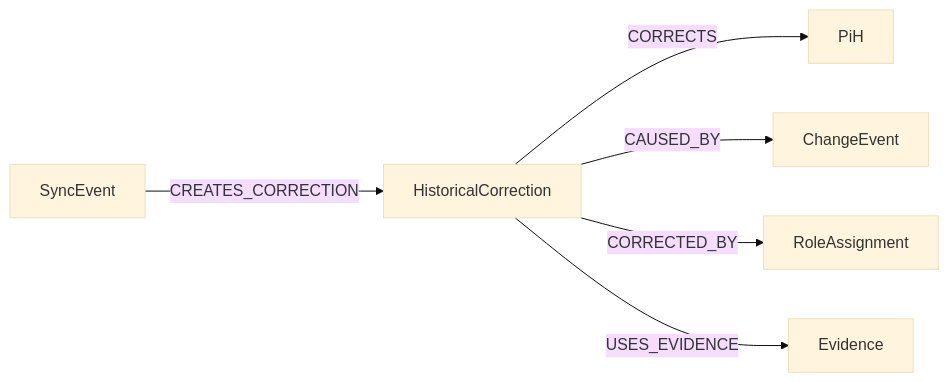
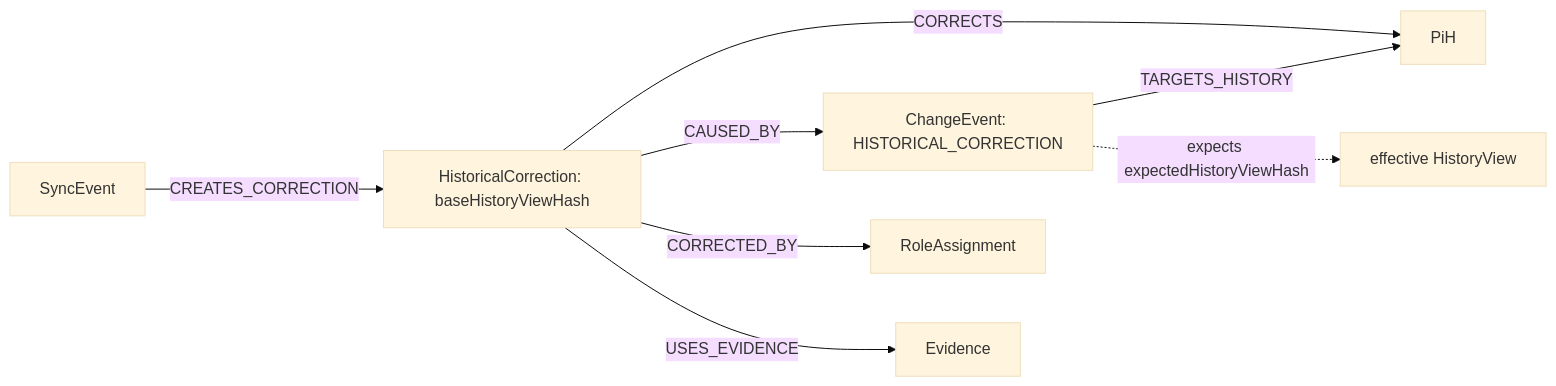
One commit to eeimicke/junaco-jci-loop changed diagram 11 of 12 in docs/en/guides/JCI_EXAMPLE.md. Above: the diagram before and after it, drawn with Mermaid (base theme). The commit also changed other lines of this file and 29 other files, not shown here.

````diff
--- a/docs/en/guides/JCI_EXAMPLE.md
+++ b/docs/en/guides/JCI_EXAMPLE.md
@@ -279,9 +311,11 @@
 ```mermaid
 flowchart LR
-    Correction[HistoricalCorrection]
-    Correction -->|CORRECTS| History[PiH]
+    ChangeEvent[ChangeEvent: HISTORICAL_CORRECTION] -->|TARGETS_HISTORY| History[PiH]
+    ChangeEvent -. expects expectedHistoryViewHash .-> View[effective HistoryView]
+    Correction[HistoricalCorrection: baseHistoryViewHash]
+    Correction -->|CORRECTS| History
     Correction -->|CAUSED_BY| ChangeEvent
     Correction -->|CORRECTED_BY| Assignment[RoleAssignment]
     Correction -->|USES_EVIDENCE| Evidence
     SyncEvent -->|CREATES_CORRECTION| Correction
 ```
````
